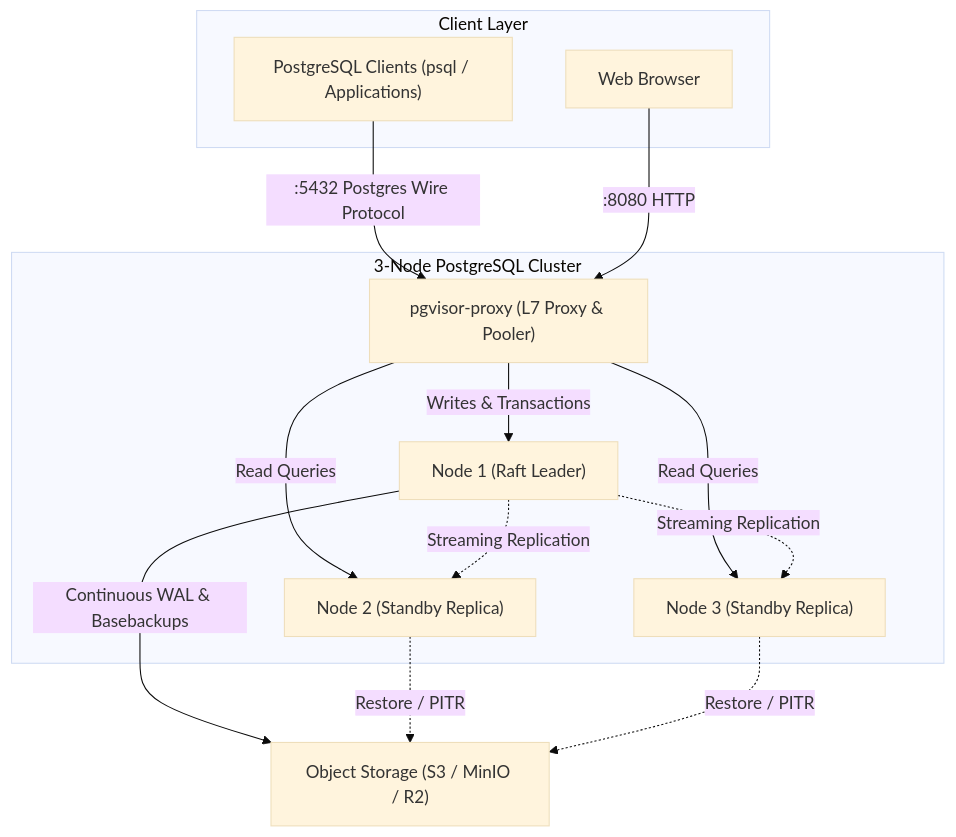
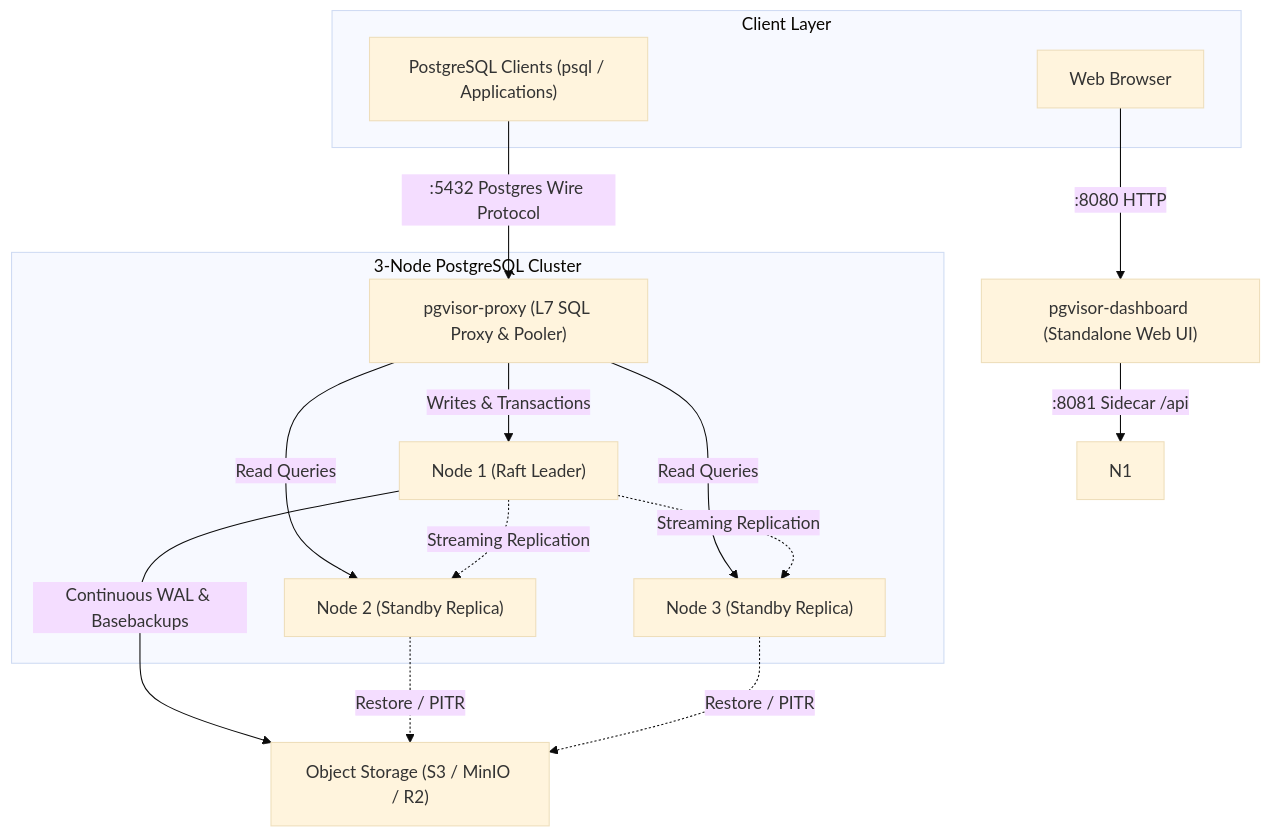
Before and after one commit to dreamoutbox/pgvisor: the first of 2 diagrams in docs/src/content/docs/architecture.mdx, drawn with Mermaid (base theme). The commit also changed other lines of this file and 15 other files, not shown here.

Commit message:
docs: update architecture docs and path-lookup cache for dashboard split

````diff
--- a/docs/src/content/docs/architecture.mdx
+++ b/docs/src/content/docs/architecture.mdx
@@ -14,23 +14,24 @@
 ```mermaid
 flowchart TD
     subgraph Clients["Client Layer"]
         CLI["PostgreSQL Clients (psql / Applications)"]
         Browser["Web Browser"]
     end
 
-    CLI -->|":5432 Postgres Wire Protocol"| Proxy["pgvisor-proxy (L7 Proxy & Pooler)"]
-    Browser -->|":8080 HTTP"| Proxy
+    CLI -->|":5432 Postgres Wire Protocol"| Proxy["pgvisor-proxy (L7 SQL Proxy & Pooler)"]
+    Browser -->|":8080 HTTP"| Dashboard["pgvisor-dashboard (Standalone Web UI)"]
+    Dashboard -->|":8081 Sidecar /api"| N1
 
     subgraph Cluster["3-Node PostgreSQL Cluster"]
         Proxy -->|"Writes & Transactions"| Node1["Node 1 (Raft Leader)"]
         Proxy -->|"Read Queries"| Node2["Node 2 (Standby Replica)"]
         Proxy -->|"Read Queries"| Node3["Node 3 (Standby Replica)"]
 
         Node1 -.->|"Streaming Replication"| Node2
         Node1 -.->|"Streaming Replication"| Node3
     end
 
     Node1 -->|"Continuous WAL & Basebackups"| Storage["Object Storage (S3 / MinIO / R2)"]
     Node2 -.->|"Restore / PITR"| Storage
     Node3 -.->|"Restore / PITR"| Storage
 ```
````
